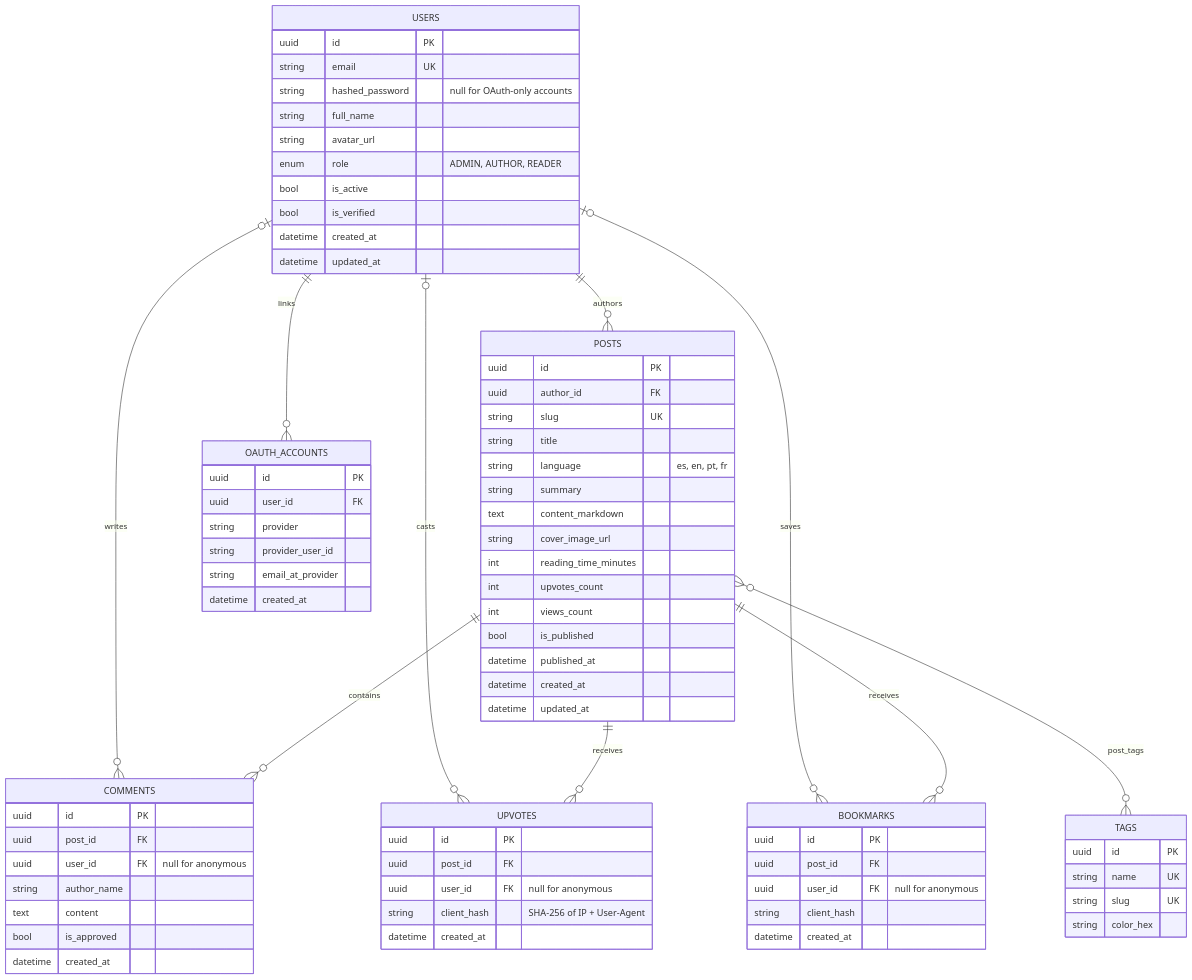
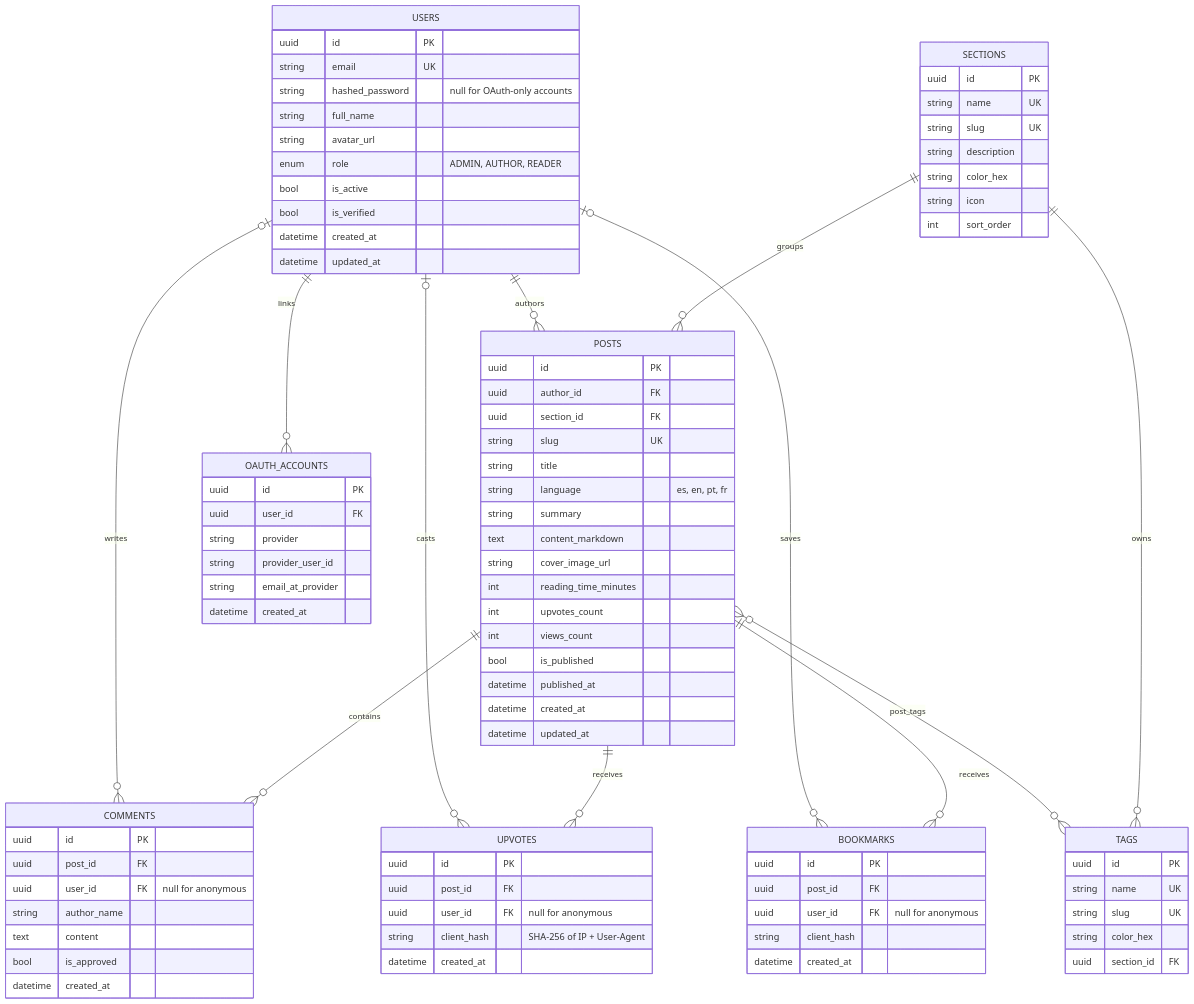
Before and after one commit to AnthoRuiz/DevBlog: the second of 2 diagrams in docs/ARCHITECTURE_E2E.md, drawn with Mermaid. The commit also changed other lines of this file and 1 other file, not shown here.

First line of the commit message:
docs: document sections, AI tag validation and Alembic migrations

```diff
--- a/docs/ARCHITECTURE_E2E.md
+++ b/docs/ARCHITECTURE_E2E.md
@@ -159,6 +160,8 @@
     POSTS ||--o{ UPVOTES : "receives"
     POSTS ||--o{ BOOKMARKS : "receives"
     POSTS }o--o{ TAGS : "post_tags"
+    SECTIONS ||--o{ POSTS : "groups"
+    SECTIONS ||--o{ TAGS : "owns"
 
     USERS {
         uuid id PK
@@ -182,9 +185,20 @@
         datetime created_at
     }
 
+    SECTIONS {
+        uuid id PK
+        string name UK
+        string slug UK
+        string description
+        string color_hex
+        string icon
+        int sort_order
+    }
+
     POSTS {
         uuid id PK
         uuid author_id FK
+        uuid section_id FK
         string slug UK
         string title
         string language "es, en, pt, fr"
@@ -205,6 +219,7 @@
         string name UK
         string slug UK
         string color_hex
+        uuid section_id FK
     }
 
     COMMENTS {
```
